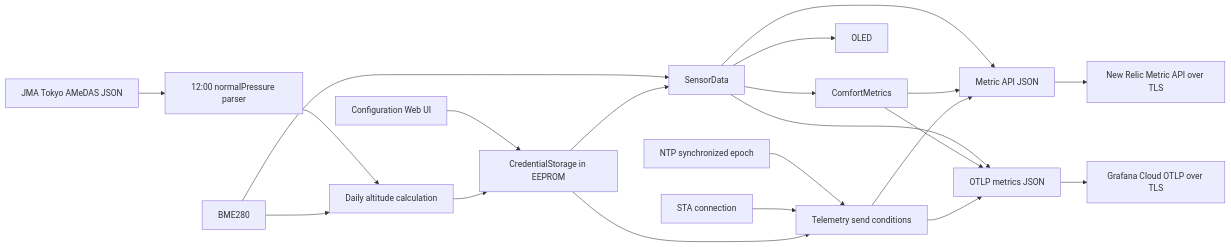
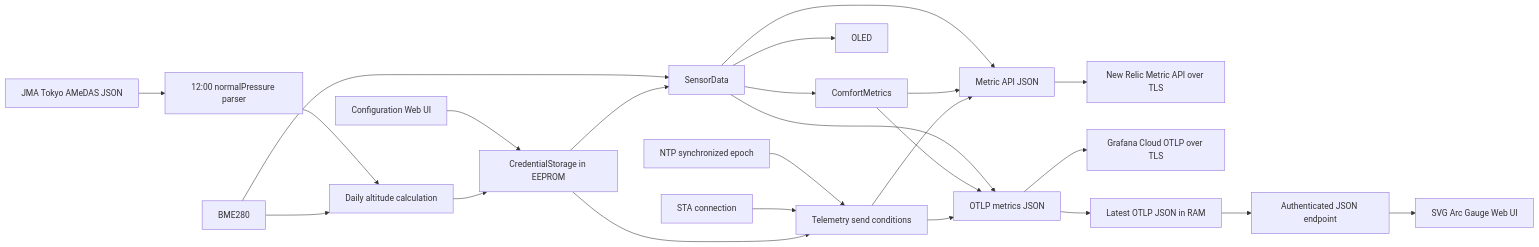
One commit to tkumata/climate-monitor changed the diagram in docs/DESIGN.md. Above: the diagram before and after it, drawn with Mermaid. The commit also changed other lines of this file and 9 other files, not shown here.

````diff
--- a/docs/DESIGN.md
+++ b/docs/DESIGN.md
@@ -15,23 +15,26 @@
 ```mermaid
 flowchart LR
   WEB["Configuration Web UI"] --> STORE["CredentialStorage in EEPROM"]
   JMA["JMA Tokyo AMeDAS JSON"] --> PARSER["12:00 normalPressure parser"]
   PARSER --> CALC["Daily altitude calculation"]
   BME --> CALC
   CALC --> STORE
   BME["BME280"] --> DATA["SensorData"]
   STORE --> DATA
   DATA --> METRICS["ComfortMetrics"]
   DATA --> OLED["OLED"]
   DATA --> PAYLOAD["Metric API JSON"]
   METRICS --> PAYLOAD
   NTP["NTP synchronized epoch"] --> GATE["Telemetry send conditions"]
   WIFI["STA connection"] --> GATE
   STORE --> GATE
   GATE --> PAYLOAD
   PAYLOAD --> NR["New Relic Metric API over TLS"]
   DATA --> OTLP["OTLP metrics JSON"]
   METRICS --> OTLP
   GATE --> OTLP
   OTLP --> GRAFANA["Grafana Cloud OTLP over TLS"]
+  OTLP --> LATEST["Latest OTLP JSON in RAM"]
+  LATEST --> API["Authenticated JSON endpoint"]
+  API --> GAUGE["SVG Arc Gauge Web UI"]
 ```
````
